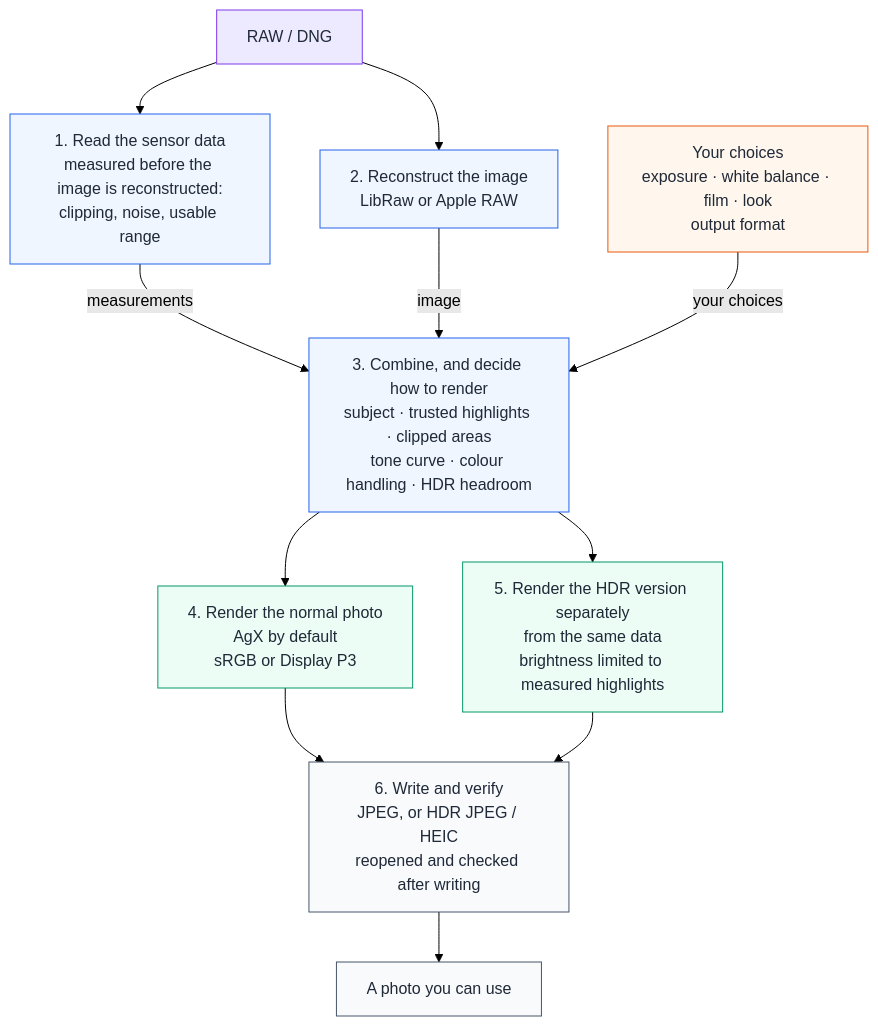
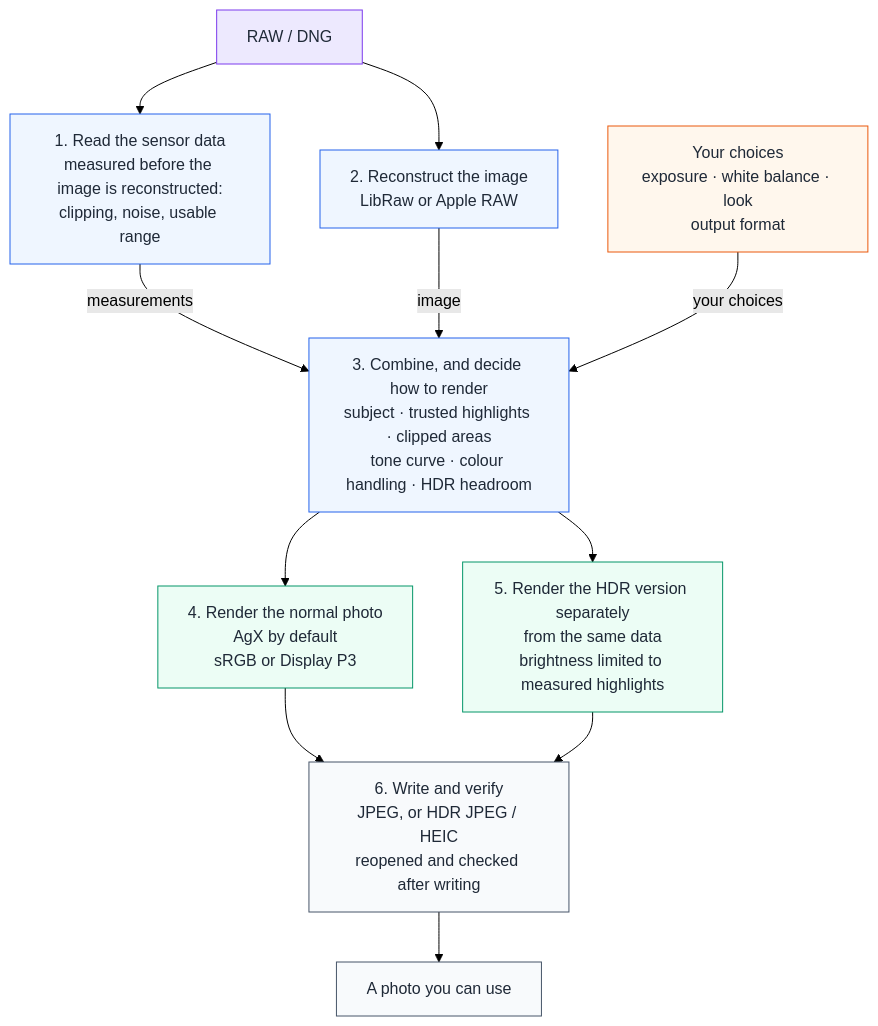
One commit to Gen-416/AgXRAW changed the diagram in README.md. Above: the diagram before and after it, drawn with Mermaid (forest theme). The commit also changed other lines of this file and 455 other files, not shown here.

````diff
--- a/README.md
+++ b/README.md
@@ -207,34 +180,34 @@
 ```mermaid
 flowchart TB
     RAW["RAW / DNG"]
     E["1. Read the sensor data<br/>measured before the image is reconstructed:<br/>clipping, noise, usable range"]
     D["2. Reconstruct the image<br/>LibRaw or Apple RAW"]
-    I["Your choices<br/>exposure · white balance · film · look<br/>output format"]
+    I["Your choices<br/>exposure · white balance · look<br/>output format"]
     P["3. Combine, and decide how to render<br/>subject · trusted highlights · clipped areas<br/>tone curve · colour handling · HDR headroom"]
     S["4. Render the normal photo<br/>AgX by default<br/>sRGB or Display P3"]
     H["5. Render the HDR version separately<br/>from the same data<br/>brightness limited to measured highlights"]
     V["6. Write and verify<br/>JPEG, or HDR JPEG / HEIC<br/>reopened and checked after writing"]
     OUT["A photo you can use"]
 
     RAW --> E
     RAW --> D
     E -- "measurements" --> P
     D -- "image" --> P
     I -- "your choices" --> P
     P --> S
     P --> H
     S --> V
     H --> V
     V --> OUT
 
     classDef source fill:#ede9fe,stroke:#7c3aed,color:#1f2937
     classDef process fill:#eff6ff,stroke:#2563eb,color:#1f2937
     classDef intent fill:#fff7ed,stroke:#ea580c,color:#1f2937
     classDef render fill:#ecfdf5,stroke:#059669,color:#1f2937
     classDef delivery fill:#f8fafc,stroke:#475569,color:#1f2937
     class RAW source
     class E,D,P process
     class I intent
     class S,H render
     class V,OUT delivery
 ```
````
